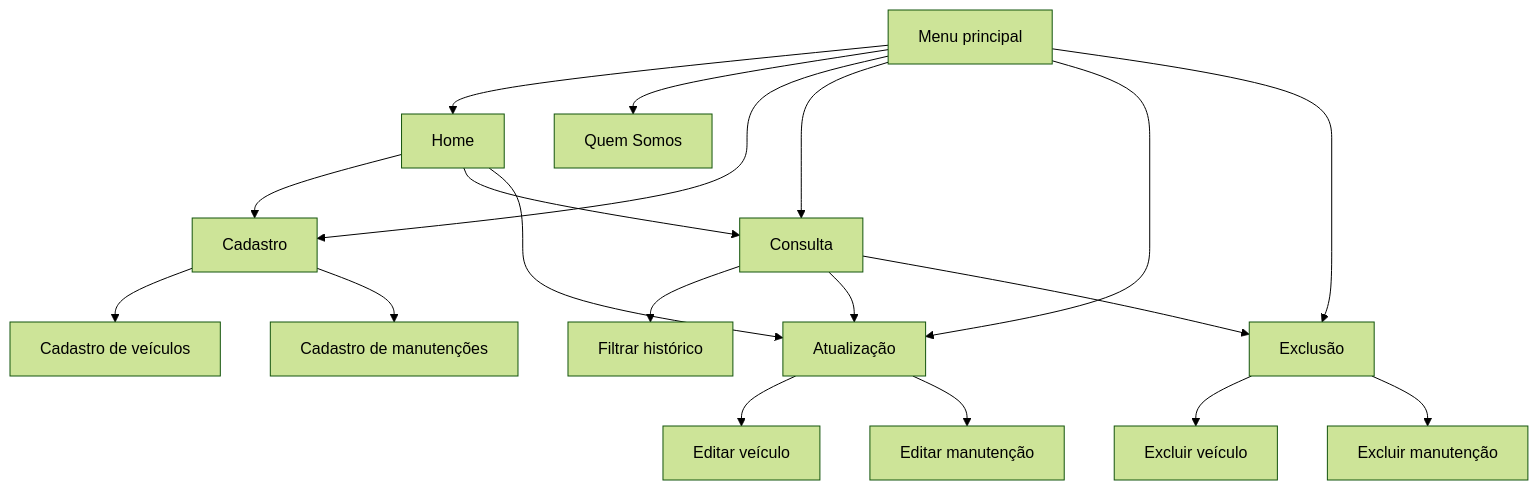
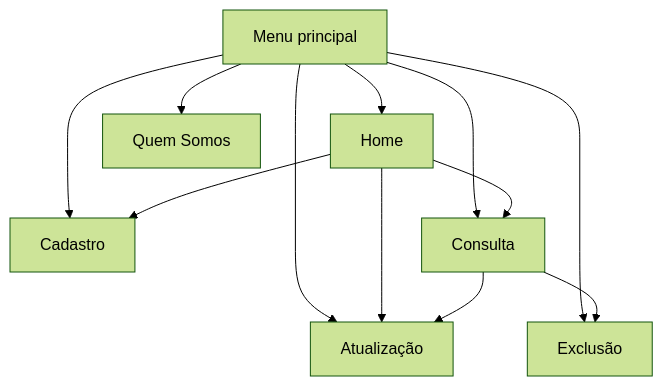
The first of 2 diagrams in README.md (lh2703/trabalho-dev-web), drawn with Mermaid (forest theme) before and after one commit. The commit also changed other lines of this file and 3 other files, not shown here.

````diff
--- a/README.md
+++ b/README.md
@@ -213,26 +39,16 @@
 ```mermaid
 flowchart TD
     A[Menu principal] --> B[Home]
     A --> C[Quem Somos]
     A --> D[Cadastro]
     A --> E[Consulta]
     A --> F[Atualização]
     A --> G[Exclusão]
 
     B --> D
     B --> E
     B --> F
 
-    D --> H[Cadastro de veículos]
-    D --> I[Cadastro de manutenções]
-
-    E --> J[Filtrar histórico]
     E --> F
     E --> G
-
-    F --> K[Editar veículo]
-    F --> L[Editar manutenção]
-
-    G --> M[Excluir veículo]
-    G --> N[Excluir manutenção]
 ```
````
